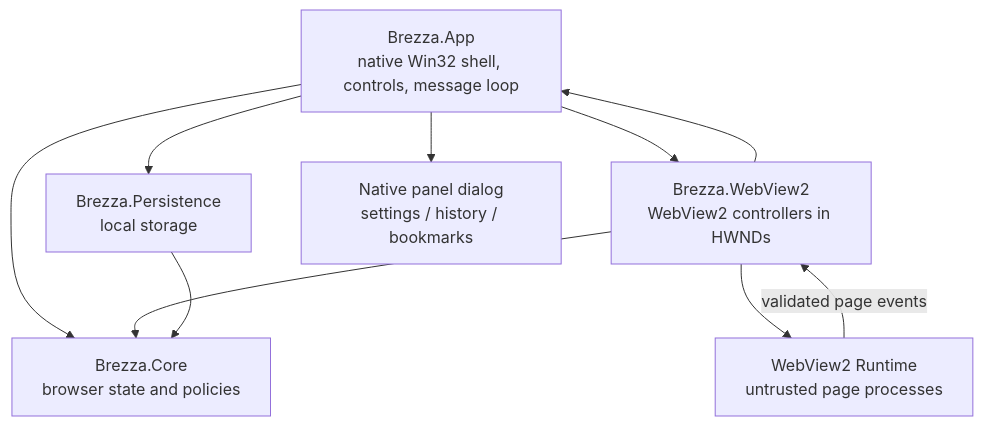
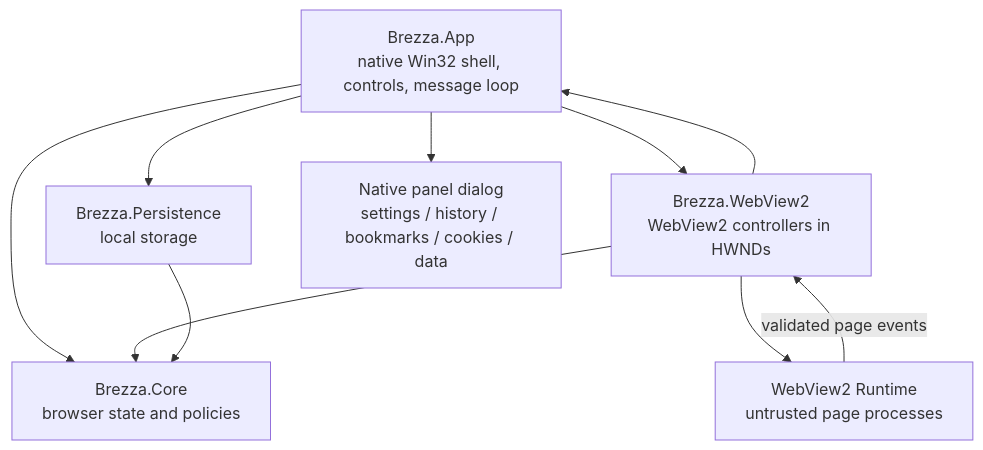
One commit to texas-projekt/brezza changed the diagram in docs/ARCHITECTURE.md. Above: the diagram before and after it, drawn with Mermaid. The commit also changed other lines of this file and 38 other files, not shown here.

````diff
--- a/docs/ARCHITECTURE.md
+++ b/docs/ARCHITECTURE.md
@@ -7,18 +7,18 @@
 ```mermaid
 flowchart TD
     App["Brezza.App<br/>native Win32 shell, controls, message loop"]
     Core["Brezza.Core<br/>browser state and policies"]
     WV["Brezza.WebView2<br/>WebView2 controllers in HWNDs"]
     Store["Brezza.Persistence<br/>local storage"]
-    Panel["Native panel dialog<br/>settings / history / bookmarks"]
+    Panel["Native panel dialog<br/>settings / history / bookmarks / cookies / data"]
     Engine["WebView2 Runtime<br/>untrusted page processes"]
     App --> Core
     App --> WV
     App --> Store
     App --> Panel
     WV --> Core
     Store --> Core
     WV --> Engine
     Engine -->|"validated page events"| WV
     WV --> App
 ```
````
